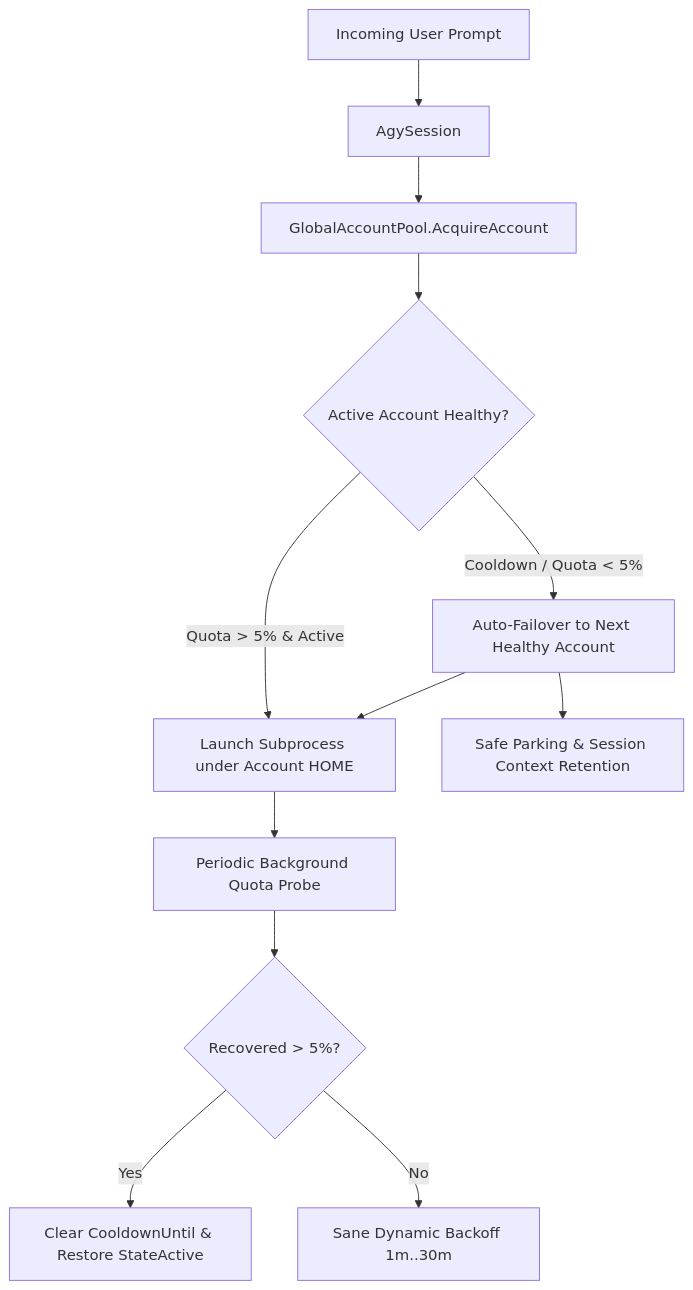
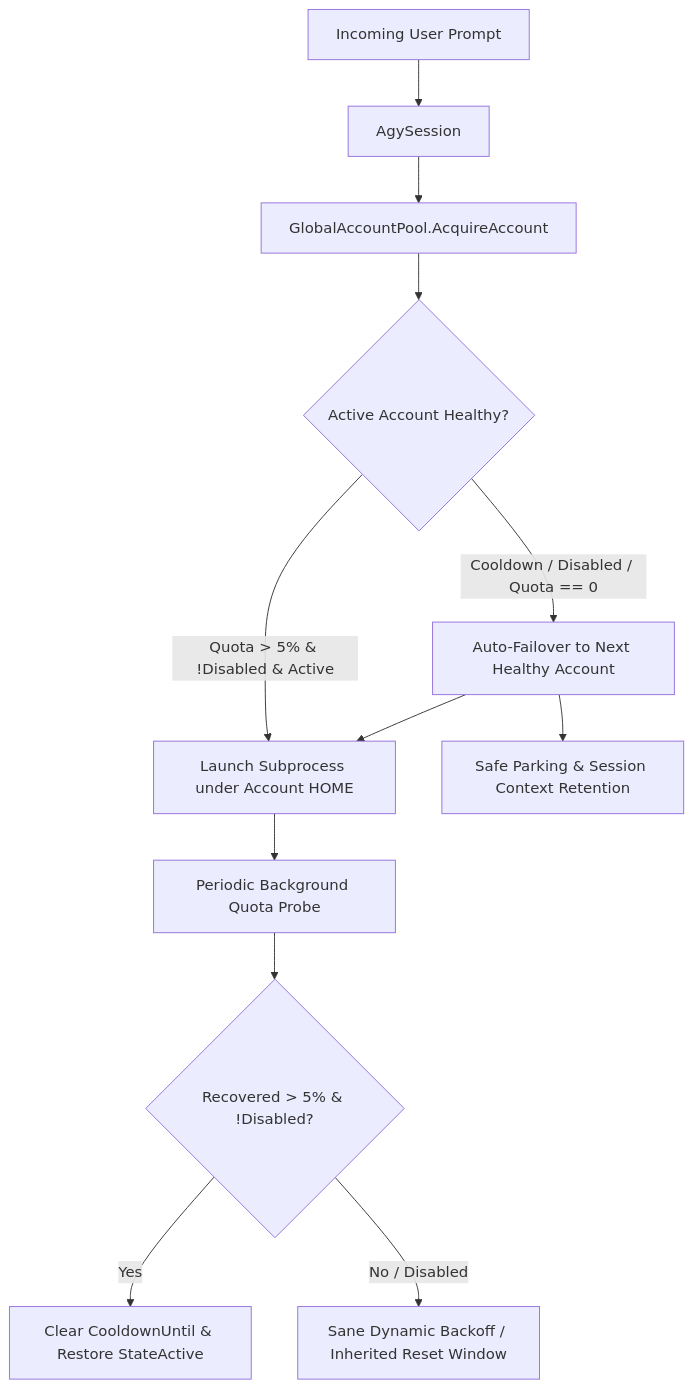
The fifth of 7 diagrams in docs/ARCHITECTURE.md (TheNovaNodes/antigravity-telegram-agent), drawn with Mermaid before and after one commit. The commit also changed other lines of this file and 1 other file, not shown here.

Commit message:
docs(architecture): sync spec with v1.3.0 webhook guard and #298 quota handling (#300)

````diff
--- a/docs/ARCHITECTURE.md
+++ b/docs/ARCHITECTURE.md
@@ -286,14 +289,14 @@
 ```mermaid
 flowchart TD
     Req[Incoming User Prompt] --> Session[AgySession]
     Session --> Acquire[GlobalAccountPool.AcquireAccount]
     Acquire --> Check{Active Account Healthy?}
-    Check -->|Quota > 5% & Active| Execute[Launch Subprocess under Account HOME]
-    Check -->|Cooldown / Quota < 5%| Rotate[Auto-Failover to Next Healthy Account]
+    Check -->|Quota > 5% & !Disabled & Active| Execute[Launch Subprocess under Account HOME]
+    Check -->|Cooldown / Disabled / Quota == 0| Rotate[Auto-Failover to Next Healthy Account]
     Rotate --> SafePark[Safe Parking & Session Context Retention]
     Rotate --> Execute
     Execute --> Probe[Periodic Background Quota Probe]
-    Probe --> AutoRecover{Recovered > 5%?}
+    Probe --> AutoRecover{Recovered > 5% & !Disabled?}
     AutoRecover -->|Yes| Unban[Clear CooldownUntil & Restore StateActive]
-    AutoRecover -->|No| Backoff[Sane Dynamic Backoff 1m..30m]
+    AutoRecover -->|No / Disabled| Backoff[Sane Dynamic Backoff / Inherited Reset Window]
 ```
````
